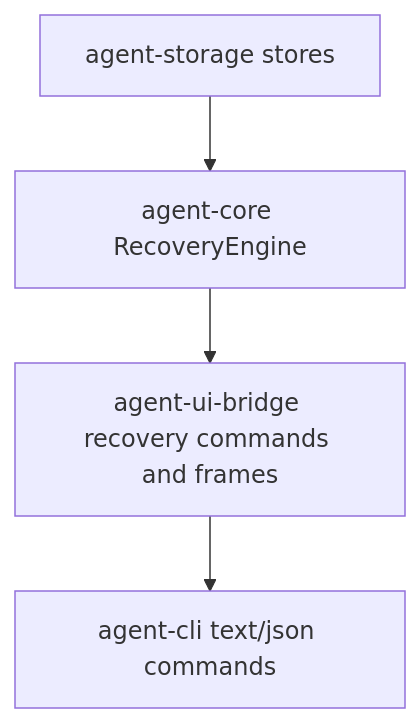
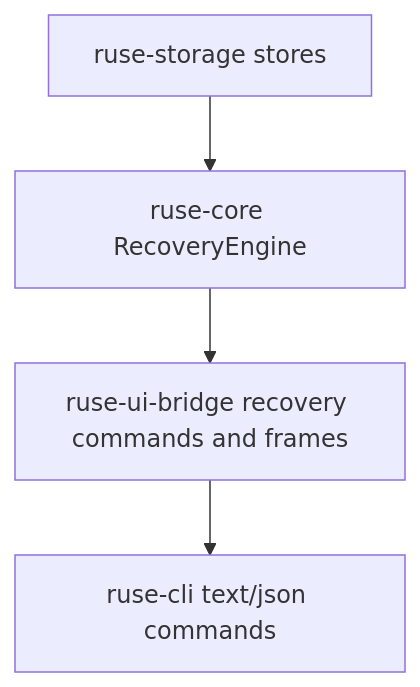
One commit to poneding/agent changed the diagram in docs/specs/M62-02-cli-json-replay-resume-fork.spec.md. Above: the diagram before and after it, drawn with Mermaid. The commit also changed other lines of this file and 2091 other files, not shown here.

First line of the commit message:
refactor: rename agent branding to ruse

````diff
--- a/docs/specs/M62-02-cli-json-replay-resume-fork.spec.md
+++ b/docs/specs/M62-02-cli-json-replay-resume-fork.spec.md
@@ -36,6 +36,6 @@
 ```mermaid
 flowchart TD
-  Core["agent-core RecoveryEngine"] --> Bridge["agent-ui-bridge recovery commands and frames"]
-  Bridge --> CLI["agent-cli text/json commands"]
-  Storage["agent-storage stores"] --> Core
+  Core["ruse-core RecoveryEngine"] --> Bridge["ruse-ui-bridge recovery commands and frames"]
+  Bridge --> CLI["ruse-cli text/json commands"]
+  Storage["ruse-storage stores"] --> Core
 ```
````
